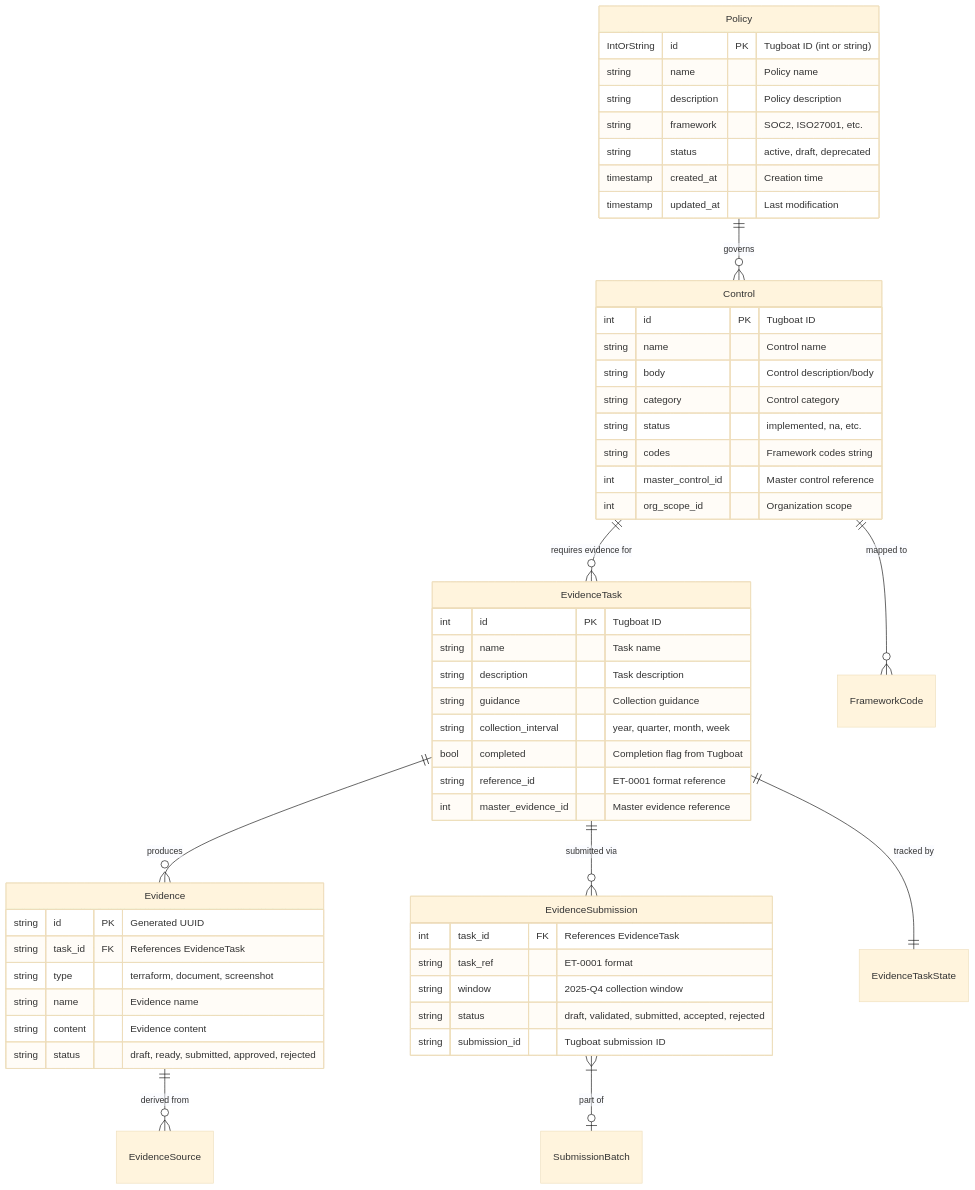
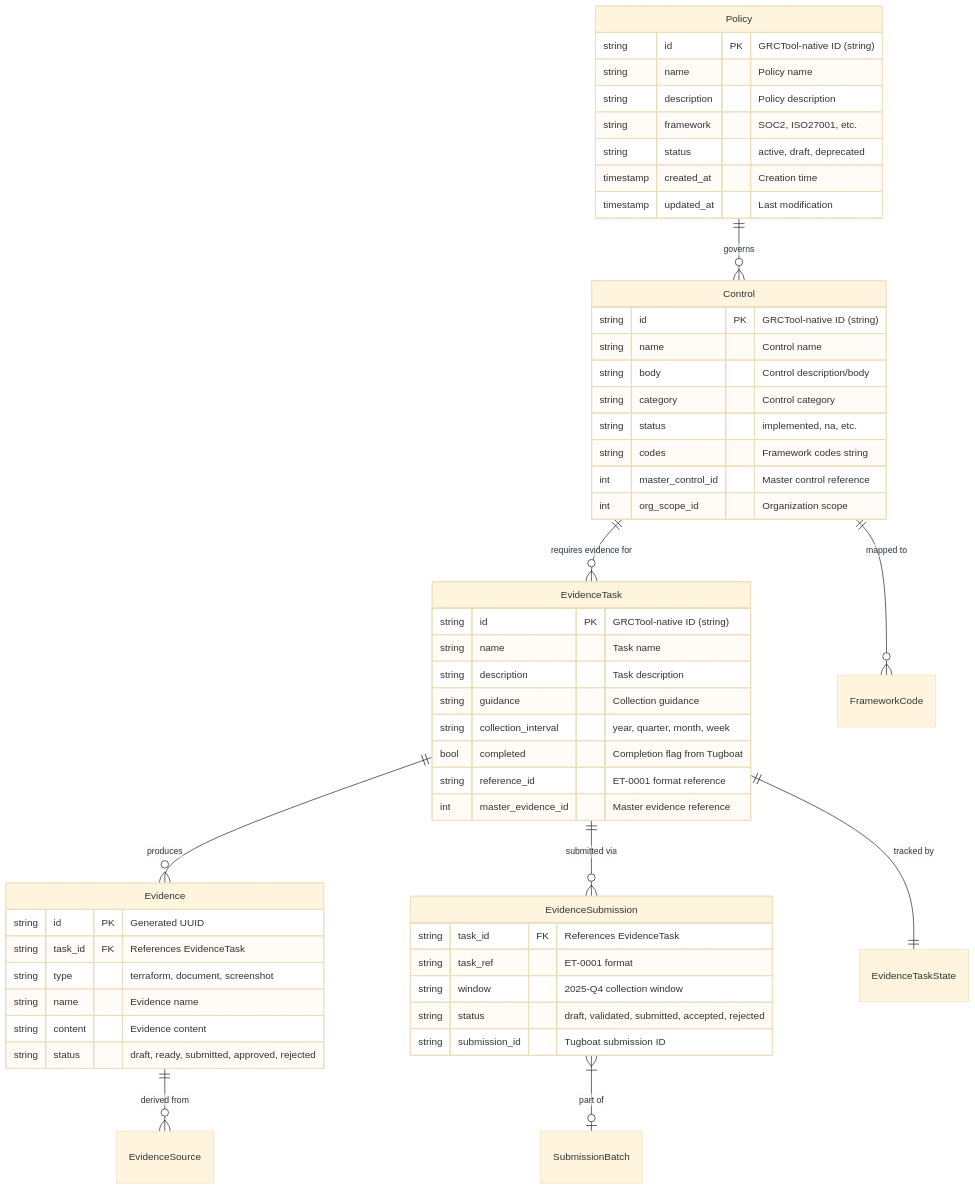
Before and after one commit to grctool/grctool: the diagram in docs/helix/02-design/data-design/data-design.md, drawn with Mermaid (base theme). The commit also changed other lines of this file and 24 other files, not shown here.

````diff
--- a/docs/helix/02-design/data-design/data-design.md
+++ b/docs/helix/02-design/data-design/data-design.md
@@ -34,60 +34,60 @@
 ```mermaid
 erDiagram
     Policy ||--o{ Control : "governs"
     Control ||--o{ EvidenceTask : "requires evidence for"
     EvidenceTask ||--o{ Evidence : "produces"
     Evidence ||--o{ EvidenceSource : "derived from"
     EvidenceTask ||--o{ EvidenceSubmission : "submitted via"
     EvidenceSubmission }|--o| SubmissionBatch : "part of"
     EvidenceTask ||--|| EvidenceTaskState : "tracked by"
     Control ||--o{ FrameworkCode : "mapped to"
 
     Policy {
-        IntOrString id PK "Tugboat ID (int or string)"
+        string id PK "GRCTool-native ID (string)"
         string name "Policy name"
         string description "Policy description"
         string framework "SOC2, ISO27001, etc."
         string status "active, draft, deprecated"
         timestamp created_at "Creation time"
         timestamp updated_at "Last modification"
     }
 
     Control {
-        int id PK "Tugboat ID"
+        string id PK "GRCTool-native ID (string)"
         string name "Control name"
         string body "Control description/body"
         string category "Control category"
         string status "implemented, na, etc."
         string codes "Framework codes string"
         int master_control_id "Master control reference"
         int org_scope_id "Organization scope"
     }
 
     EvidenceTask {
-        int id PK "Tugboat ID"
+        string id PK "GRCTool-native ID (string)"
         string name "Task name"
         string description "Task description"
         string guidance "Collection guidance"
         string collection_interval "year, quarter, month, week"
         bool completed "Completion flag from Tugboat"
         string reference_id "ET-0001 format reference"
         int master_evidence_id "Master evidence reference"
     }
 
     Evidence {
         string id PK "Generated UUID"
         string task_id FK "References EvidenceTask"
         string type "terraform, document, screenshot"
         string name "Evidence name"
         string content "Evidence content"
         string status "draft, ready, submitted, approved, rejected"
     }
 
     EvidenceSubmission {
-        int task_id FK "References EvidenceTask"
+        string task_id FK "References EvidenceTask"
         string task_ref "ET-0001 format"
         string window "2025-Q4 collection window"
         string status "draft, validated, submitted, accepted, rejected"
         string submission_id "Tugboat submission ID"
     }
 ```
````
